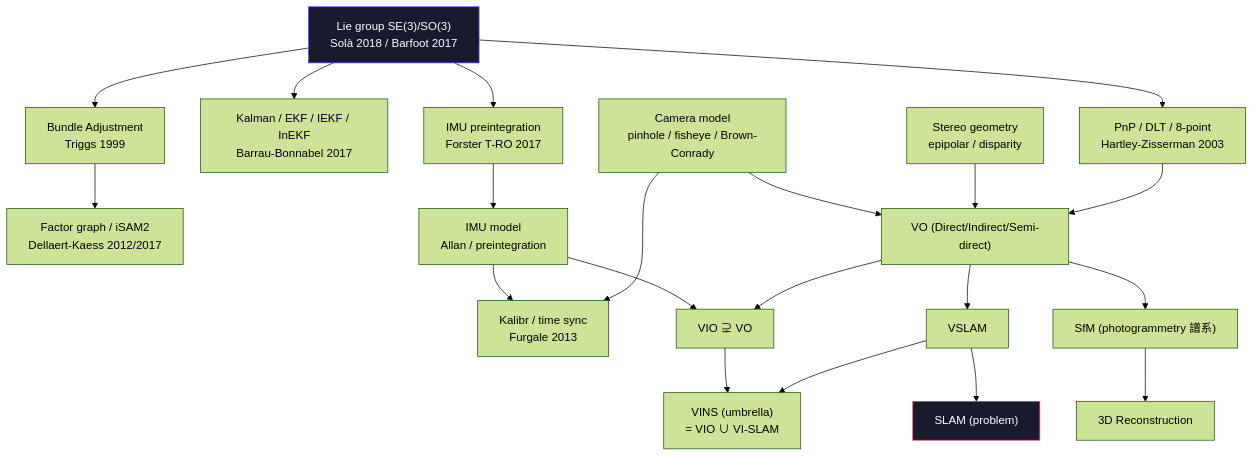
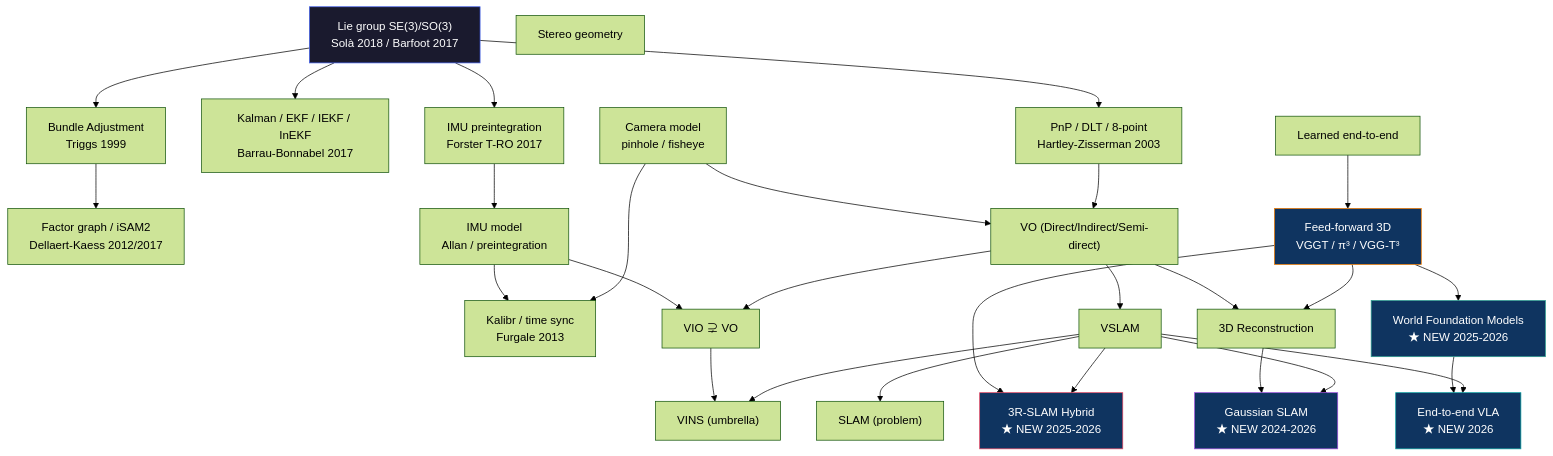
Before and after one commit to sou350121/Spatial-Intelligence-Handbook: the diagram in cheat-sheet/ontology.md, drawn with Mermaid (forest theme). The commit also changed other lines of this file, not shown here.

````diff
--- a/cheat-sheet/ontology.md
+++ b/cheat-sheet/ontology.md
@@ -528,50 +647,65 @@
 ```mermaid
 graph TD
-    %% 數學底層
     LIE["Lie group SE(3)/SO(3)<br/>Solà 2018 / Barfoot 2017"]
     BA["Bundle Adjustment<br/>Triggs 1999"]
     EKF["Kalman / EKF / IEKF / InEKF<br/>Barrau-Bonnabel 2017"]
     PNP["PnP / DLT / 8-point<br/>Hartley-Zisserman 2003"]
     FG["Factor graph / iSAM2<br/>Dellaert-Kaess 2012/2017"]
     PREINT["IMU preintegration<br/>Forster T-RO 2017"]
 
     LIE --> BA
     LIE --> EKF
     LIE --> PNP
     LIE --> PREINT
     BA --> FG
 
-    %% 物理感知層
     IMU["IMU model<br/>Allan / preintegration"]
-    CAM["Camera model<br/>pinhole / fisheye / Brown-Conrady"]
-    STEREO["Stereo geometry<br/>epipolar / disparity"]
+    CAM["Camera model<br/>pinhole / fisheye"]
+    STEREO["Stereo geometry"]
     KALIBR["Kalibr / time sync<br/>Furgale 2013"]
 
     PREINT --> IMU
     IMU --> KALIBR
     CAM --> KALIBR
 
-    %% Problem 層
     VO["VO (Direct/Indirect/Semi-direct)"]
     VIO["VIO ⊋ VO"]
     VSLAM["VSLAM"]
-    VINS["VINS (umbrella)<br/>= VIO ∪ VI-SLAM"]
-    SFM["SfM (photogrammetry 譜系)"]
+    VINS["VINS (umbrella)"]
     SLAM["SLAM (problem)"]
     RECON["3D Reconstruction"]
+    R3SLAM["3R-SLAM Hybrid<br/>★ NEW 2025-2026"]
+    GSSLAM["Gaussian SLAM<br/>★ NEW 2024-2026"]
+    WFM["World Foundation Models<br/>★ NEW 2025-2026"]
+    VLA["End-to-end VLA<br/>★ NEW 2026"]
 
     CAM --> VO
-    STEREO --> VO
     PNP --> VO
     IMU --> VIO
     VO --> VIO
     VIO --> VINS
     VSLAM --> VINS
     VO --> VSLAM
     VSLAM --> SLAM
-    VO --> SFM
-    SFM --> RECON
+    VO --> RECON
+
+    FF["Feed-forward 3D<br/>VGGT / π³ / VGG-T³"]
+    LEARN["Learned end-to-end"]
+
+    LEARN --> FF
+    FF --> RECON
+    FF --> R3SLAM
+    VSLAM --> R3SLAM
+    RECON --> GSSLAM
+    VSLAM --> GSSLAM
+    FF --> WFM
+    WFM --> VLA
+    VSLAM --> VLA
 
     style LIE fill:#1a1a2e,stroke:#4361ee,color:#fff
-    style SLAM fill:#1a1a2e,stroke:#e94560,color:#fff
+    style FF fill:#0f3460,stroke:#f77f00,color:#fff
+    style R3SLAM fill:#0f3460,stroke:#e94560,color:#fff
+    style GSSLAM fill:#0f3460,stroke:#9d4edd,color:#fff
+    style WFM fill:#0f3460,stroke:#2a9d8f,color:#fff
+    style VLA fill:#0f3460,stroke:#06a0a0,color:#fff
 ```
````
